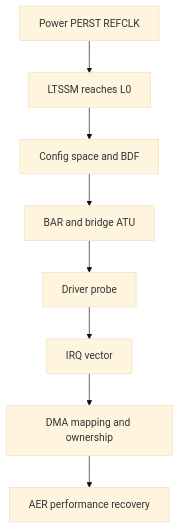
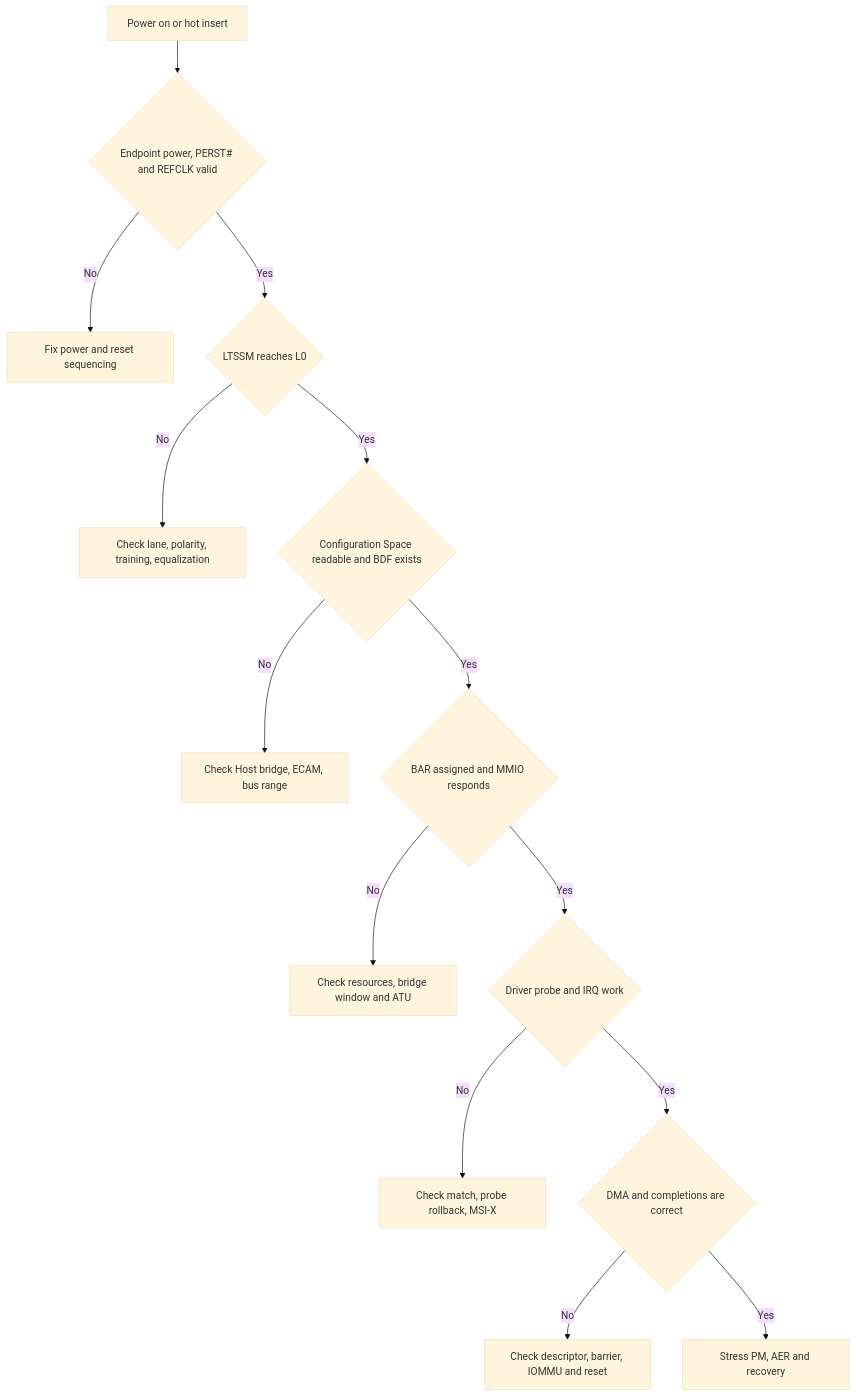
One commit to cdragon-ljl/EEandEdgeAI changed the diagram in docs/articles/pcie/pci-10-pcie-troubleshooting.md. Above: the diagram before and after it, drawn with Mermaid (base theme). The commit also changed other lines of this file and 4 other files, not shown here.

````diff
--- a/docs/articles/pcie/pci-10-pcie-troubleshooting.md
+++ b/docs/articles/pcie/pci-10-pcie-troubleshooting.md
@@ -114,10 +14,16 @@
 ```mermaid
 flowchart TD
-    P[Power PERST REFCLK] --> L[LTSSM reaches L0]
-    L --> C[Config space and BDF]
-    C --> B[BAR and bridge ATU]
-    B --> D[Driver probe]
-    D --> I[IRQ vector]
-    I --> M[DMA mapping and ownership]
-    M --> A[AER performance recovery]
+    A[Power on or hot insert] --> B{Endpoint power, PERST# and REFCLK valid}
+    B -->|No| P[Fix power and reset sequencing]
+    B -->|Yes| C{LTSSM reaches L0}
+    C -->|No| L[Check lane, polarity, training, equalization]
+    C -->|Yes| D{Configuration Space readable and BDF exists}
+    D -->|No| F[Check Host bridge, ECAM, bus range]
+    D -->|Yes| E{BAR assigned and MMIO responds}
+    E -->|No| R[Check resources, bridge window and ATU]
+    E -->|Yes| G{Driver probe and IRQ work}
+    G -->|No| I[Check match, probe rollback, MSI-X]
+    G -->|Yes| H{DMA and completions are correct}
+    H -->|No| M[Check descriptor, barrier, IOMMU and reset]
+    H -->|Yes| S[Stress PM, AER and recovery]
 ```
````
